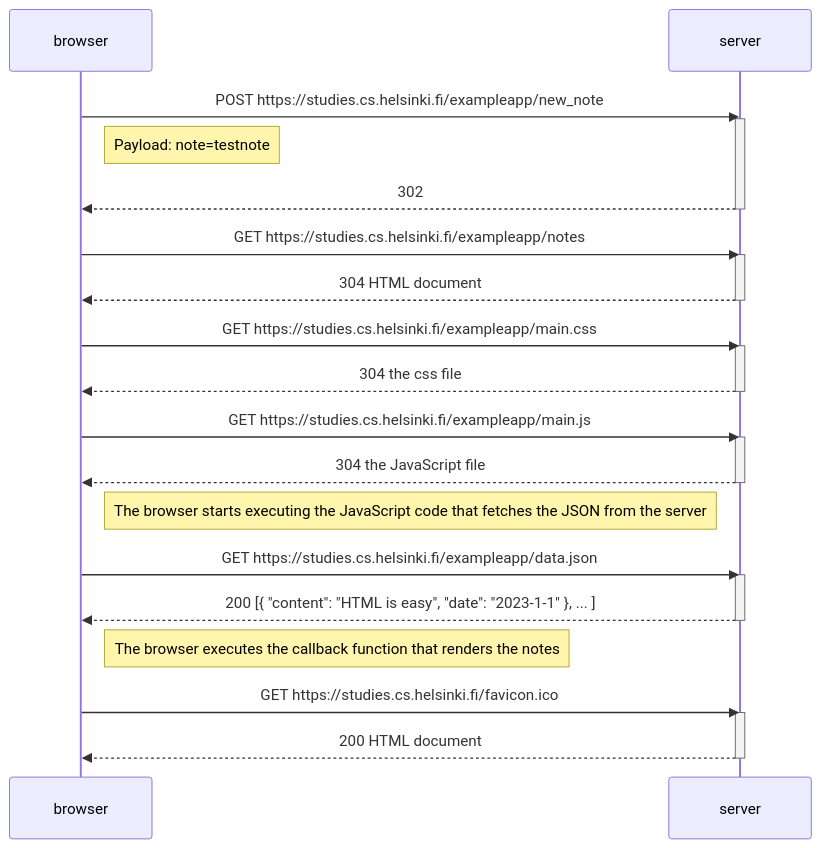
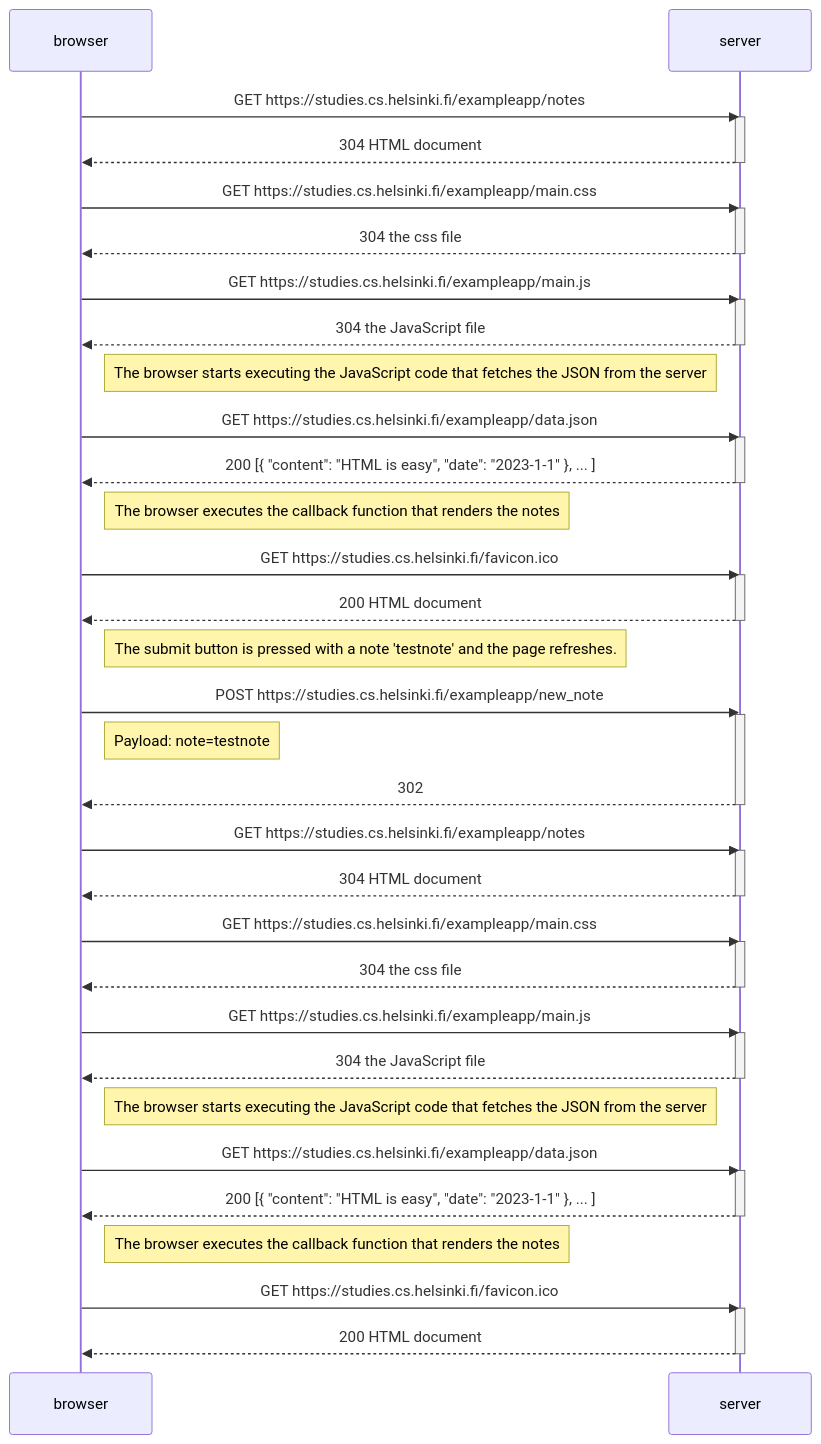
Before and after one commit to immosentomppa/fullstackopen: the diagram in part0/newnotediagram.md, drawn with Mermaid.

````diff
--- a/part0/newnotediagram.md
+++ b/part0/newnotediagram.md
@@ -2,40 +2,71 @@
 ```mermaid
 sequenceDiagram
     participant browser
     participant server
-    
-    browser->>server: POST https://studies.cs.helsinki.fi/exampleapp/new_note
-    activate server
-    Note right of browser: Payload: note=testnote
-    server-->>browser: 302
-    deactivate server
 
     browser->>server: GET https://studies.cs.helsinki.fi/exampleapp/notes
     activate server
     server-->>browser: 304 HTML document
     deactivate server
 
     browser->>server: GET https://studies.cs.helsinki.fi/exampleapp/main.css
     activate server
     server-->>browser: 304 the css file
     deactivate server
 
     browser->>server: GET https://studies.cs.helsinki.fi/exampleapp/main.js
     activate server
     server-->>browser: 304 the JavaScript file
     deactivate server
 
     Note right of browser: The browser starts executing the JavaScript code that fetches the JSON from the server
 
     browser->>server: GET https://studies.cs.helsinki.fi/exampleapp/data.json
     activate server
     server-->>browser: 200 [{ "content": "HTML is easy", "date": "2023-1-1" }, ... ]
     deactivate server
 
     Note right of browser: The browser executes the callback function that renders the notes
     
     browser->>server: GET https://studies.cs.helsinki.fi/favicon.ico
     activate server
     server-->>browser: 200 HTML document
     deactivate server
+    
+    Note right of browser: The submit button is pressed with a note 'testnote' and the page refreshes.
+    browser->>server: POST https://studies.cs.helsinki.fi/exampleapp/new_note
+    activate server
+    Note right of browser: Payload: note=testnote
+    server-->>browser: 302
+    deactivate server
+    
+    browser->>server: GET https://studies.cs.helsinki.fi/exampleapp/notes
+    activate server
+    server-->>browser: 304 HTML document
+    deactivate server
+
+    browser->>server: GET https://studies.cs.helsinki.fi/exampleapp/main.css
+    activate server
+    server-->>browser: 304 the css file
+    deactivate server
+
+    browser->>server: GET https://studies.cs.helsinki.fi/exampleapp/main.js
+    activate server
+    server-->>browser: 304 the JavaScript file
+    deactivate server
+
+    Note right of browser: The browser starts executing the JavaScript code that fetches the JSON from the server
+
+    browser->>server: GET https://studies.cs.helsinki.fi/exampleapp/data.json
+    activate server
+    server-->>browser: 200 [{ "content": "HTML is easy", "date": "2023-1-1" }, ... ]
+    deactivate server
+
+    Note right of browser: The browser executes the callback function that renders the notes
+    
+    browser->>server: GET https://studies.cs.helsinki.fi/favicon.ico
+    activate server
+    server-->>browser: 200 HTML document
+    deactivate server
+    
 ```    
````
